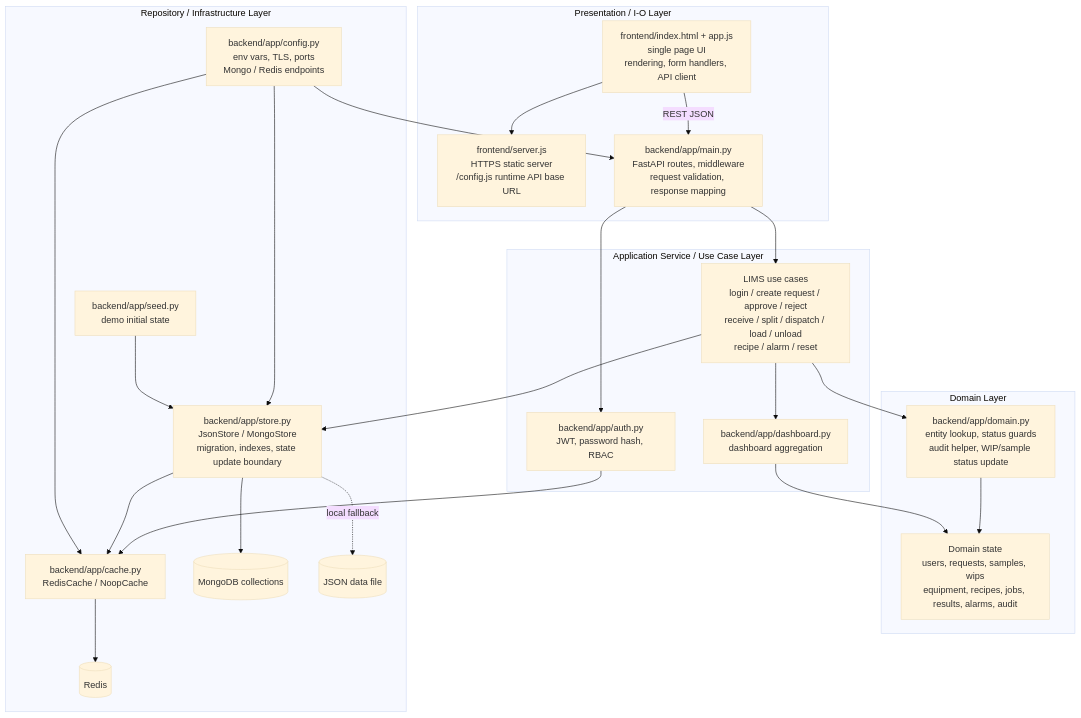
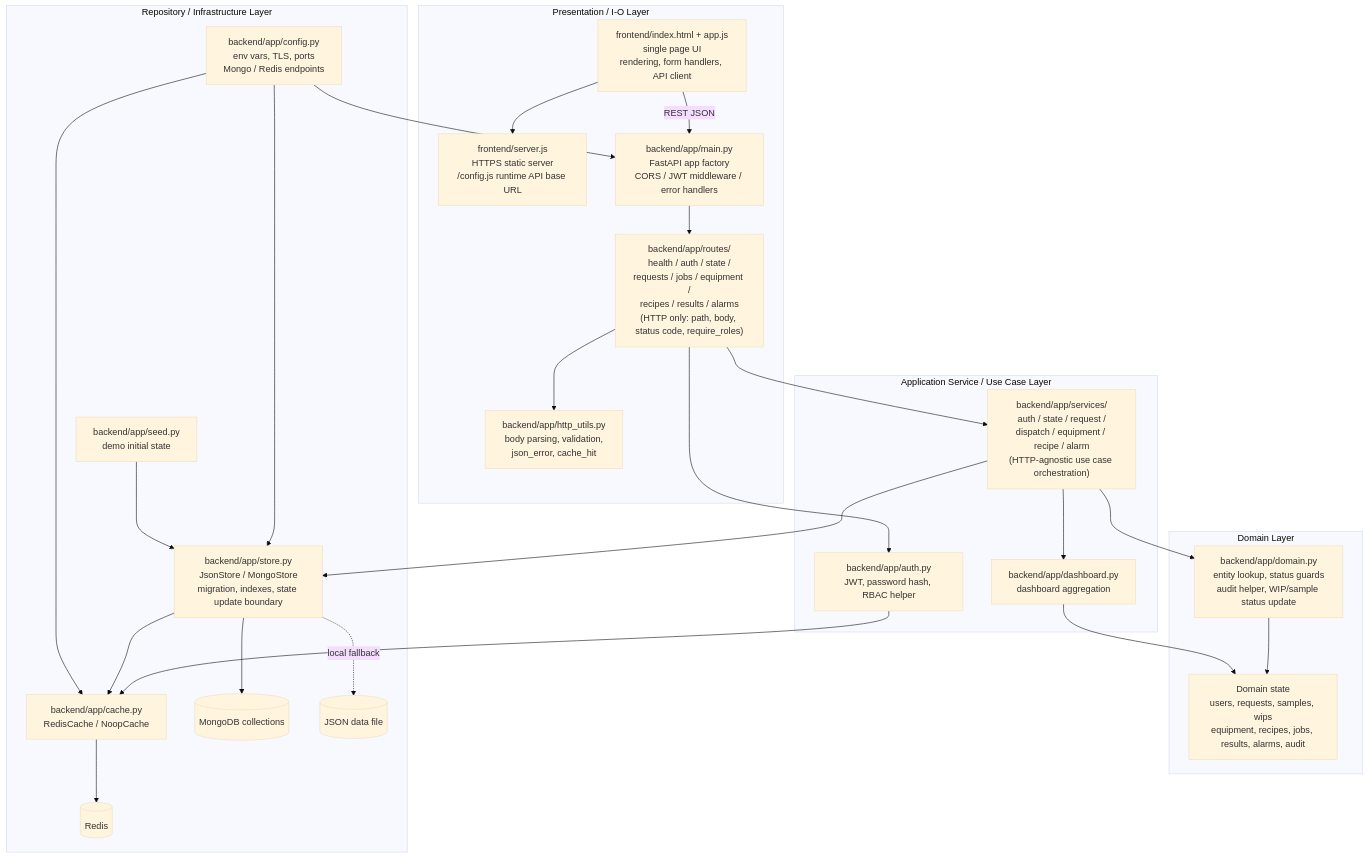
Before and after one commit to Kang-Ding-Xin-NYCU/CND_project_15: the second of 3 diagrams in docs/current-system-architecture.md, drawn with Mermaid (base theme). The commit also changed other lines of this file and 1 other file, not shown here.

First line of the commit message:
Refresh docs to reflect routes/ + services/ split

````diff
--- a/docs/current-system-architecture.md
+++ b/docs/current-system-architecture.md
@@ -85,48 +85,52 @@
 ```mermaid
 flowchart TB
   subgraph Presentation["Presentation / I-O Layer"]
     UI["frontend/index.html + app.js<br/>single page UI<br/>rendering, form handlers, API client"]
     StaticServer["frontend/server.js<br/>HTTPS static server<br/>/config.js runtime API base URL"]
-    API["backend/app/main.py<br/>FastAPI routes, middleware<br/>request validation, response mapping"]
+    AppFactory["backend/app/main.py<br/>FastAPI app factory<br/>CORS / JWT middleware / error handlers"]
+    HttpUtils["backend/app/http_utils.py<br/>body parsing, validation,<br/>json_error, cache_hit"]
+    Routes["backend/app/routes/<br/>health / auth / state /<br/>requests / jobs / equipment /<br/>recipes / results / alarms<br/>(HTTP only: path, body, status code, require_roles)"]
   end
 
   subgraph Application["Application Service / Use Case Layer"]
-    UseCases["LIMS use cases<br/>login / create request / approve / reject<br/>receive / split / dispatch / load / unload<br/>recipe / alarm / reset"]
-    Auth["backend/app/auth.py<br/>JWT, password hash, RBAC"]
+    Services["backend/app/services/<br/>auth / state / request /<br/>dispatch / equipment / recipe / alarm<br/>(HTTP-agnostic use case orchestration)"]
+    Auth["backend/app/auth.py<br/>JWT, password hash, RBAC helper"]
     Dashboard["backend/app/dashboard.py<br/>dashboard aggregation"]
   end
 
   subgraph Domain["Domain Layer"]
     DomainHelpers["backend/app/domain.py<br/>entity lookup, status guards<br/>audit helper, WIP/sample status update"]
     Entities["Domain state<br/>users, requests, samples, wips<br/>equipment, recipes, jobs, results, alarms, audit"]
   end
 
   subgraph RepositoryInfra["Repository / Infrastructure Layer"]
     Store["backend/app/store.py<br/>JsonStore / MongoStore<br/>migration, indexes, state update boundary"]
     Cache["backend/app/cache.py<br/>RedisCache / NoopCache"]
     Config["backend/app/config.py<br/>env vars, TLS, ports<br/>Mongo / Redis endpoints"]
     Seed["backend/app/seed.py<br/>demo initial state"]
     MongoDB[("MongoDB collections")]
     RedisDB[("Redis")]
     JsonFile[("JSON data file")]
   end
 
   UI --> StaticServer
-  UI -->|"REST JSON"| API
-  API --> UseCases
-  API --> Auth
-  UseCases --> DomainHelpers
-  UseCases --> Dashboard
+  UI -->|"REST JSON"| AppFactory
+  AppFactory --> Routes
+  Routes --> HttpUtils
+  Routes --> Auth
+  Routes --> Services
+  Services --> DomainHelpers
+  Services --> Dashboard
+  Services --> Store
   DomainHelpers --> Entities
   Dashboard --> Entities
-  UseCases --> Store
   Auth --> Cache
   Store --> Cache
   Store --> MongoDB
   Store -. local fallback .-> JsonFile
   Cache --> RedisDB
-  Config --> API
+  Config --> AppFactory
   Config --> Store
   Config --> Cache
   Seed --> Store
 ```
````
